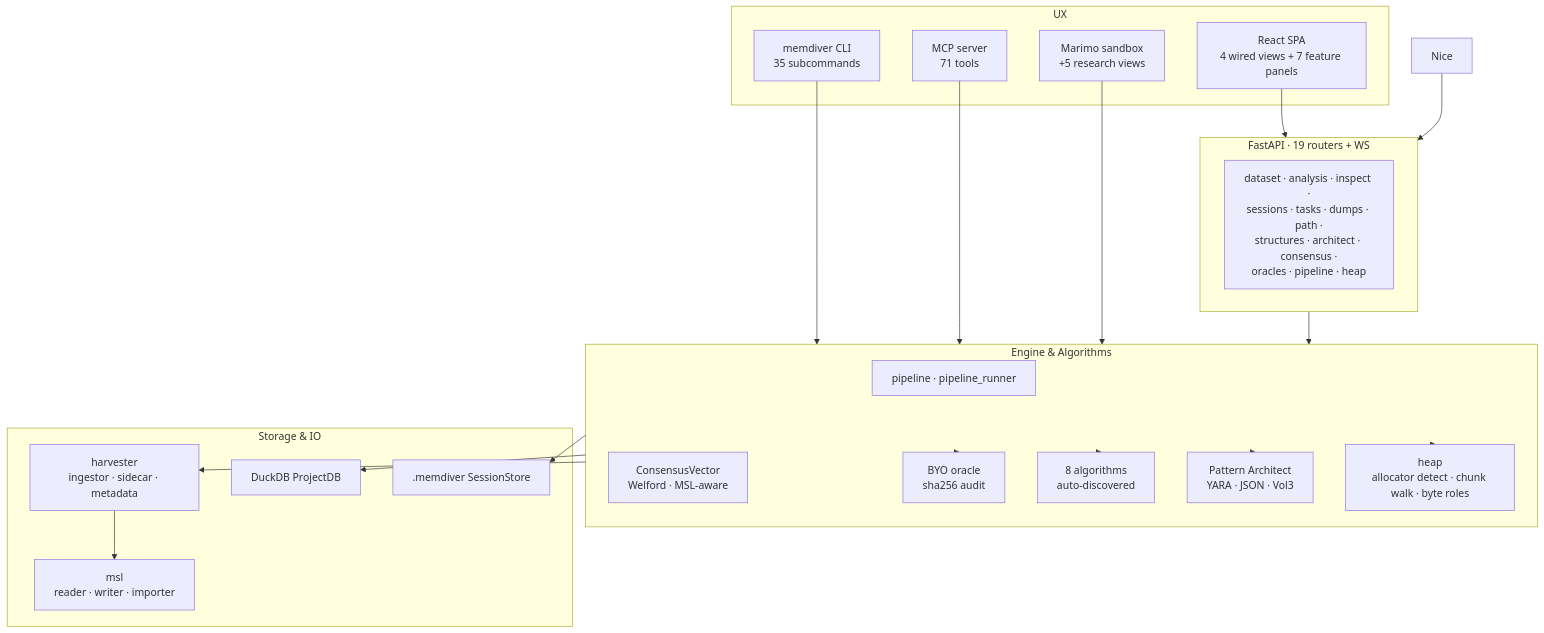
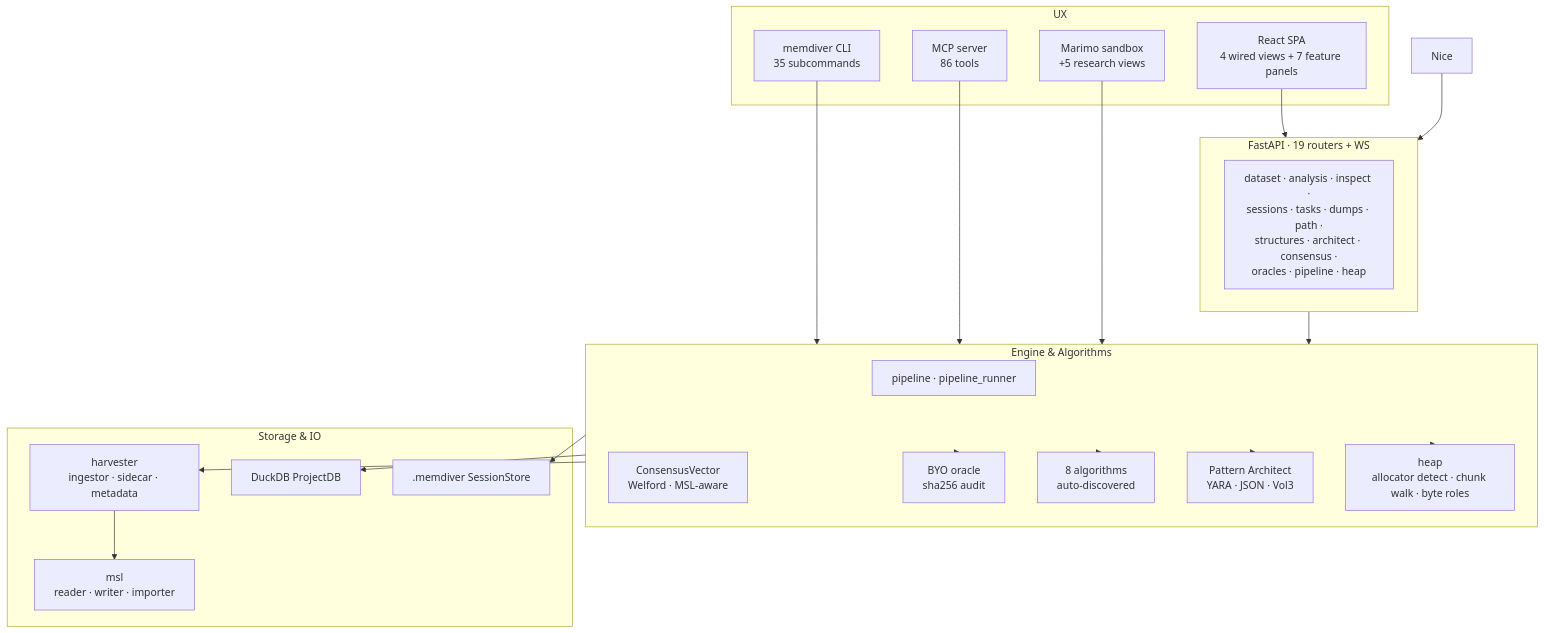
Before and after one commit to MemorySlice/MemDiver: the diagram in docs/architecture/index.md, drawn with Mermaid. The commit also changed 149 other files, not shown here.

````diff
--- a/docs/architecture/index.md
+++ b/docs/architecture/index.md
@@ -9,40 +9,40 @@
 ```{mermaid}
 flowchart TB
     subgraph UX
         Web[React SPA<br/>4 wired views + 7 feature panels]
         CLI[memdiver CLI<br/>35 subcommands]
-        MCP[MCP server<br/>71 tools]
+        MCP[MCP server<br/>86 tools]
         Marimo[Marimo sandbox<br/>+5 research views]
     end
     subgraph API[FastAPI · 19 routers + WS]
         Routers[dataset · analysis · inspect ·<br/>sessions · tasks · dumps · path ·<br/>structures · architect · consensus ·<br/>oracles · pipeline · heap]
     end
     subgraph Engine[Engine &amp; Algorithms]
         Pipeline[pipeline · pipeline_runner]
         Consensus[ConsensusVector<br/>Welford · MSL-aware]
         Oracle[BYO oracle<br/>sha256 audit]
         Algos[8 algorithms<br/>auto-discovered]
         Architect[Pattern Architect<br/>YARA · JSON · Vol3]
         Heap[heap<br/>allocator detect · chunk walk · byte roles]
     end
     subgraph Storage[Storage &amp; IO]
         Harvester[harvester<br/>ingestor · sidecar · metadata]
         MSL[msl<br/>reader · writer · importer]
         ProjectDB[DuckDB ProjectDB]
         Sessions[.memdiver SessionStore]
     end
     Web --> API
     CLI --> Engine
     MCP --> Engine
     Marimo --> Engine
     Nice --> API
     API --> Engine
     Engine --> Algos
     Engine --> Oracle
     Engine --> Architect
     Engine --> Heap
     Engine --> Harvester
     Harvester --> MSL
     Engine --> ProjectDB
     Engine --> Sessions
 ```
````
